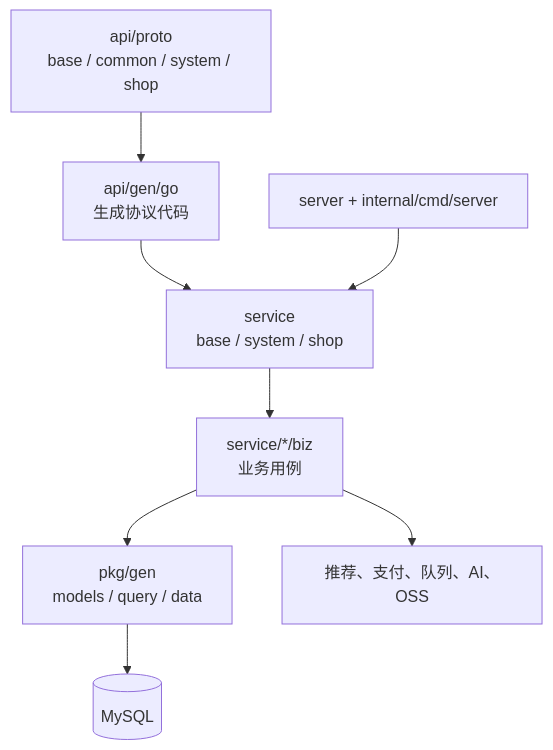
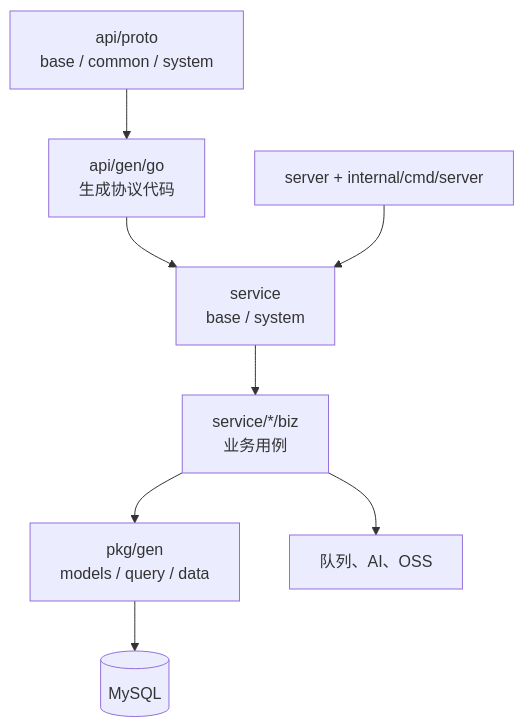
One commit to liujitcn/shop changed the first of 2 diagrams in docs/后端服务设计.md. Above: the diagram before and after it, drawn with Mermaid. The commit also changed other lines of this file and 872 other files, not shown here.

````diff
--- a/docs/后端服务设计.md
+++ b/docs/后端服务设计.md
@@ -9,10 +9,10 @@
 ```mermaid
 flowchart TB
-  Proto["api/proto\nbase / common / system / shop"] --> Gen["api/gen/go\n生成协议代码"]
-  Gen --> Service["service\nbase / system / shop"]
+  Proto["api/proto\nbase / common / system"] --> Gen["api/gen/go\n生成协议代码"]
+  Gen --> Service["service\nbase / system"]
   Service --> Biz["service/*/biz\n业务用例"]
   Biz --> Query["pkg/gen\nmodels / query / data"]
   Query --> DB[("MySQL")]
-  Biz --> Integrations["推荐、支付、队列、AI、OSS"]
+  Biz --> Integrations["队列、AI、OSS"]
   Server["server + internal/cmd/server"] --> Service
 ```
````
